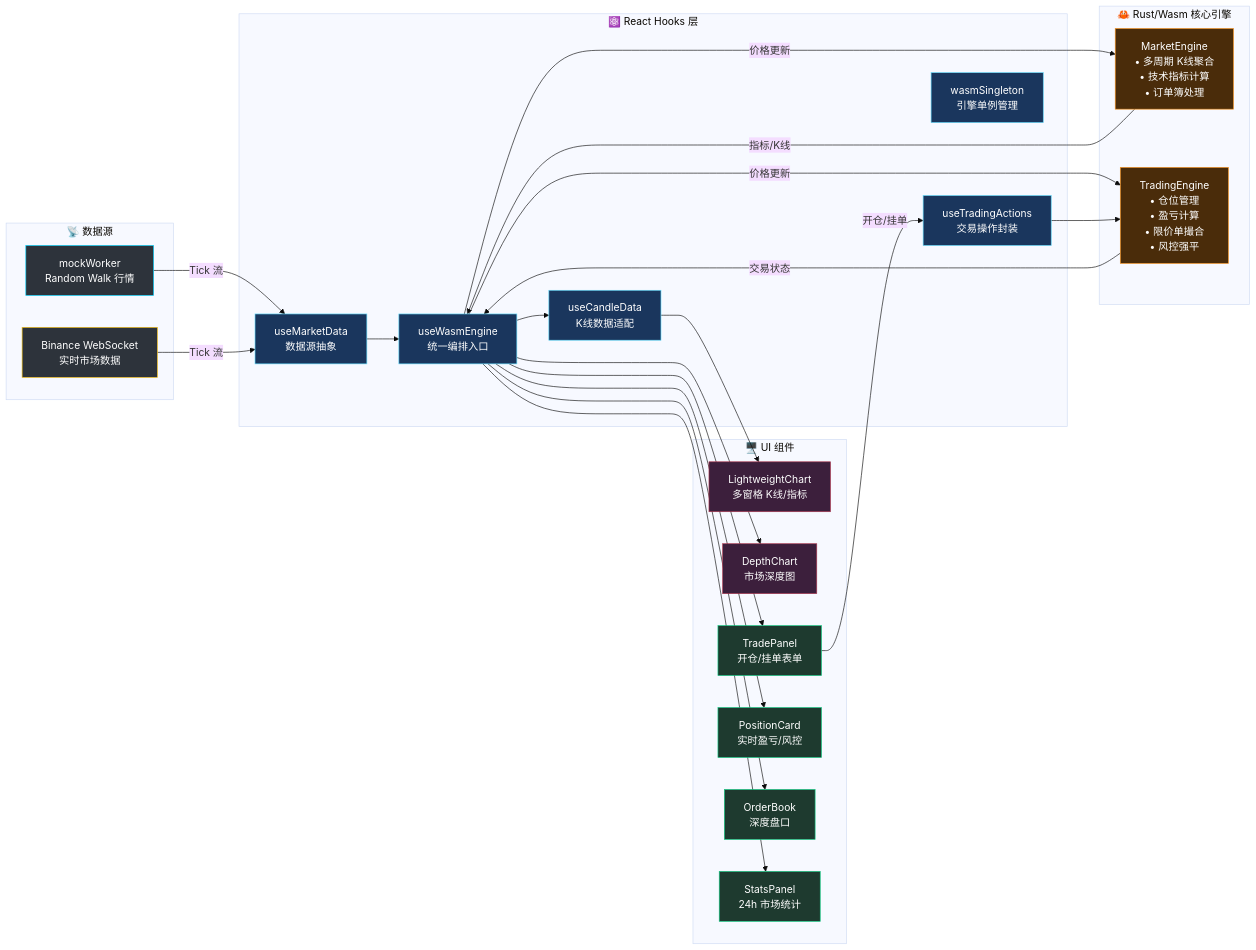
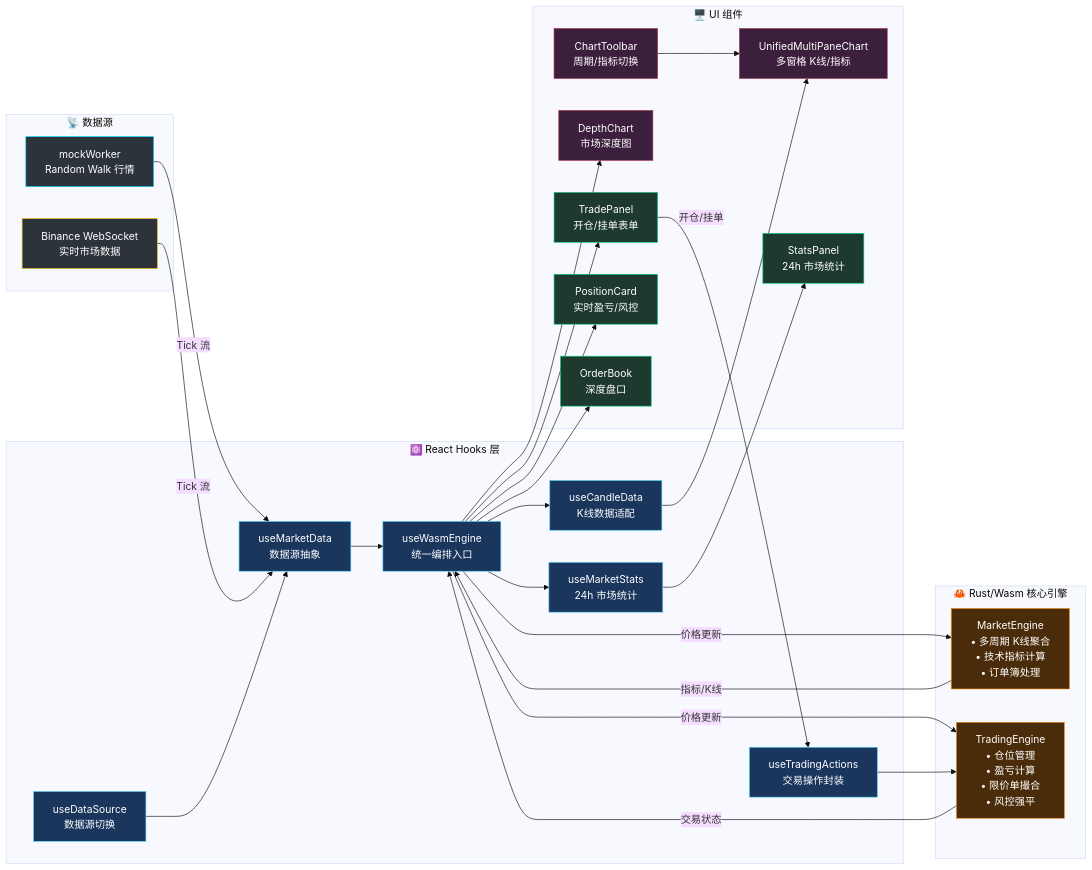
One commit to Duri686/RustQuantLab changed the diagram in README.md. Above: the diagram before and after it, drawn with Mermaid (base theme).

````diff
--- a/README.md
+++ b/README.md
@@ -42,60 +42,66 @@
 ```mermaid
 flowchart LR
     subgraph DataSource["📡 数据源"]
         A1[mockWorker<br/>Random Walk 行情]
         A2[Binance WebSocket<br/>实时市场数据]
     end
     
     subgraph Wasm["🦀 Rust/Wasm 核心引擎"]
         B[MarketEngine<br/>• 多周期 K线聚合<br/>• 技术指标计算<br/>• 订单簿处理]
         C[TradingEngine<br/>• 仓位管理<br/>• 盈亏计算<br/>• 限价单撮合<br/>• 风控强平]
     end
     
     subgraph Hooks["⚛️ React Hooks 层"]
         D[useWasmEngine<br/>统一编排入口]
         D1[useMarketData<br/>数据源抽象]
+        D2[useDataSource<br/>数据源切换]
         E[useTradingActions<br/>交易操作封装]
         F[useCandleData<br/>K线数据适配]
-        G[wasmSingleton<br/>引擎单例管理]
+        G[useMarketStats<br/>24h 市场统计]
     end
     
     subgraph UI["🖥️ UI 组件"]
-        H[LightweightChart<br/>多窗格 K线/指标]
+        H[UnifiedMultiPaneChart<br/>多窗格 K线/指标]
+        H1[ChartToolbar<br/>周期/指标切换]
         H2[DepthChart<br/>市场深度图]
         I[TradePanel<br/>开仓/挂单表单]
         J[PositionCard<br/>实时盈亏/风控]
         K[OrderBook<br/>深度盘口]
         L[StatsPanel<br/>24h 市场统计]
     end
     
     A1 -->|"Tick 流"| D1
     A2 -->|"Tick 流"| D1
+    D2 --> D1
     D1 --> D
     D -->|"价格更新"| B
     D -->|"价格更新"| C
     B -->|"指标/K线"| D
     C -->|"交易状态"| D
     D --> F --> H
+    D --> G --> L
     D --> H2
     D --> I
     D --> J
     D --> K
-    D --> L
+    H1 --> H
     I -->|"开仓/挂单"| E --> C
     
     style A1 fill:#2d333b,stroke:#00d4ff,color:#fff
     style A2 fill:#2d333b,stroke:#F0B90B,color:#fff
     style B fill:#4a2c0a,stroke:#f7931e,color:#fff
     style C fill:#4a2c0a,stroke:#f7931e,color:#fff
     style D fill:#1a365d,stroke:#61dafb,color:#fff
     style D1 fill:#1a365d,stroke:#61dafb,color:#fff
+    style D2 fill:#1a365d,stroke:#61dafb,color:#fff
     style E fill:#1a365d,stroke:#61dafb,color:#fff
     style F fill:#1a365d,stroke:#61dafb,color:#fff
     style G fill:#1a365d,stroke:#61dafb,color:#fff
     style H fill:#3c1f3c,stroke:#aa344d,color:#fff
+    style H1 fill:#3c1f3c,stroke:#aa344d,color:#fff
     style H2 fill:#3c1f3c,stroke:#aa344d,color:#fff
     style I fill:#1e3a2f,stroke:#0ecb81,color:#fff
     style J fill:#1e3a2f,stroke:#0ecb81,color:#fff
     style K fill:#1e3a2f,stroke:#0ecb81,color:#fff
     style L fill:#1e3a2f,stroke:#0ecb81,color:#fff
 ```
````
